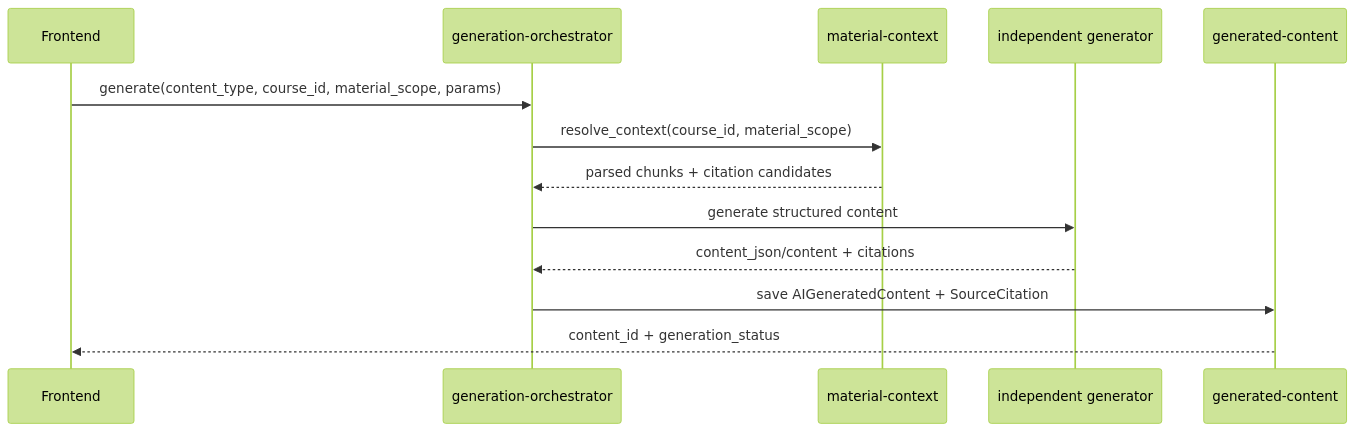
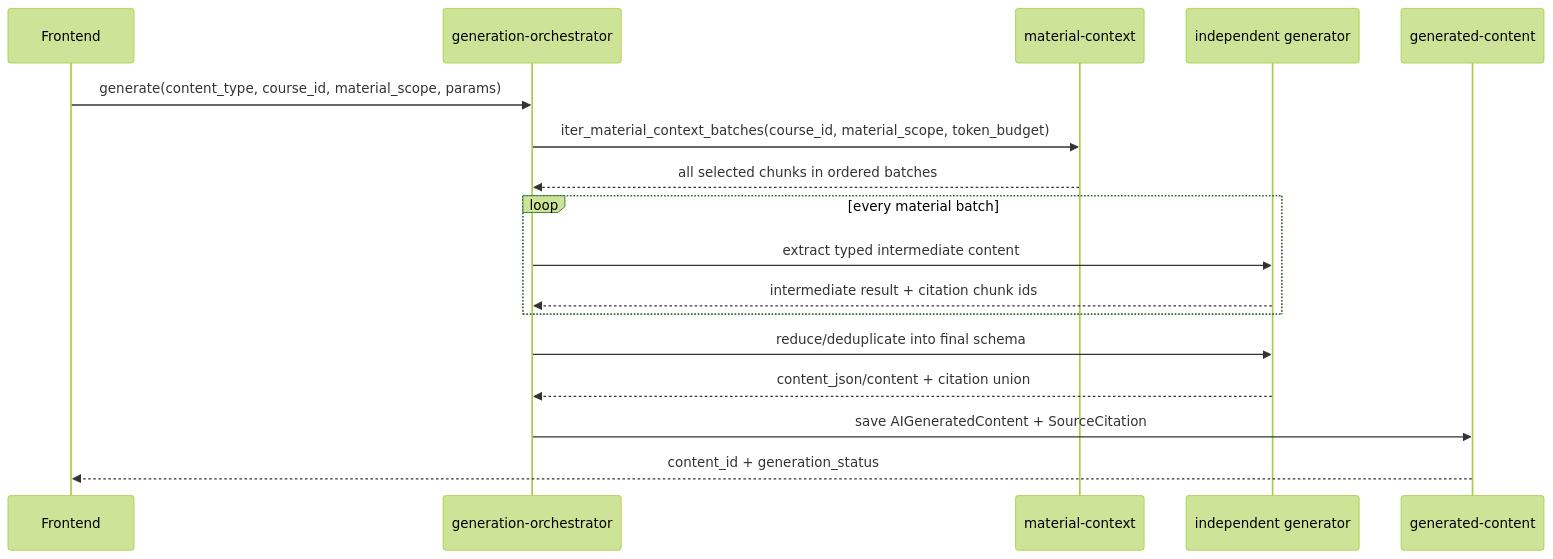
Before and after one commit to cyruan815/CourseNexus: the third of 7 diagrams in docs/architecture/runtime-flows.md, drawn with Mermaid (forest theme). The commit also changed other lines of this file and 15 other files, not shown here.

Commit message:
docs(architecture): 记录本地 RAG 业务与技术方案

````diff
--- a/docs/architecture/runtime-flows.md
+++ b/docs/architecture/runtime-flows.md
@@ -79,16 +91,20 @@
 ```mermaid
 sequenceDiagram
     participant FE as Frontend
     participant O as generation-orchestrator
     participant CTX as material-context
     participant G as independent generator
     participant Store as generated-content
 
     FE->>O: generate(content_type, course_id, material_scope, params)
-    O->>CTX: resolve_context(course_id, material_scope)
-    CTX-->>O: parsed chunks + citation candidates
-    O->>G: generate structured content
-    G-->>O: content_json/content + citations
+    O->>CTX: iter_material_context_batches(course_id, material_scope, token_budget)
+    CTX-->>O: all selected chunks in ordered batches
+    loop every material batch
+        O->>G: extract typed intermediate content
+        G-->>O: intermediate result + citation chunk ids
+    end
+    O->>G: reduce/deduplicate into final schema
+    G-->>O: content_json/content + citation union
     O->>Store: save AIGeneratedContent + SourceCitation
     Store-->>FE: content_id + generation_status
 ```
````
